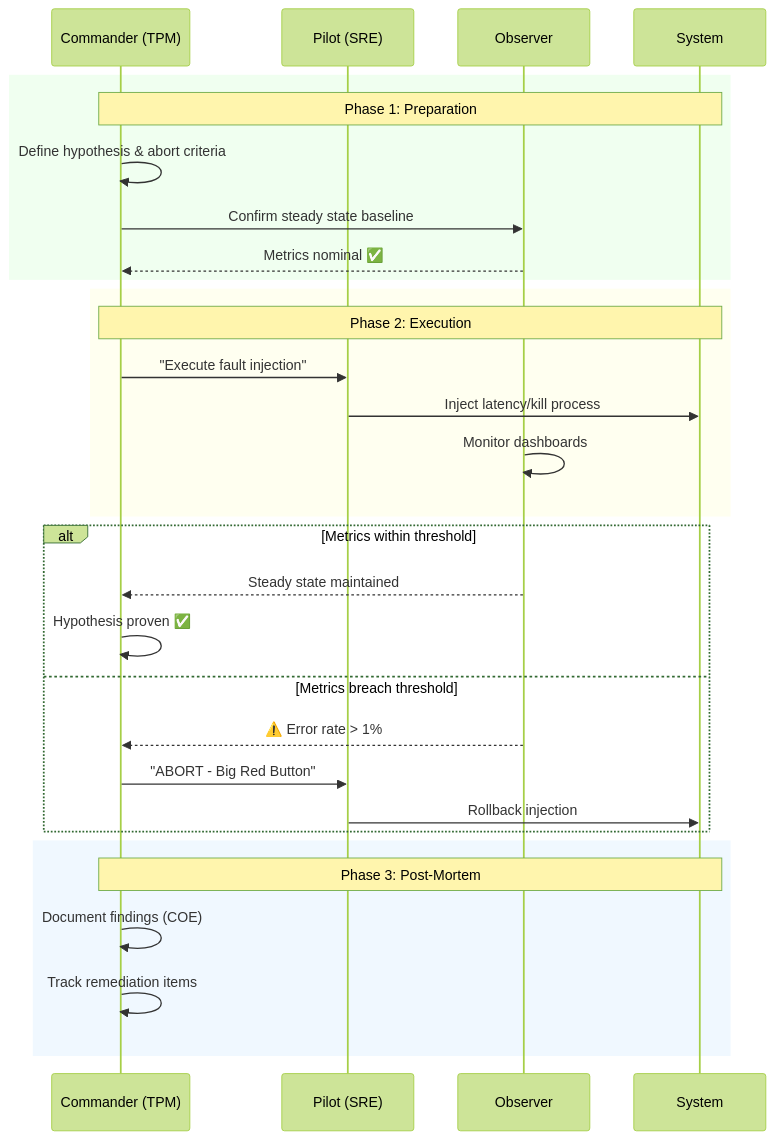
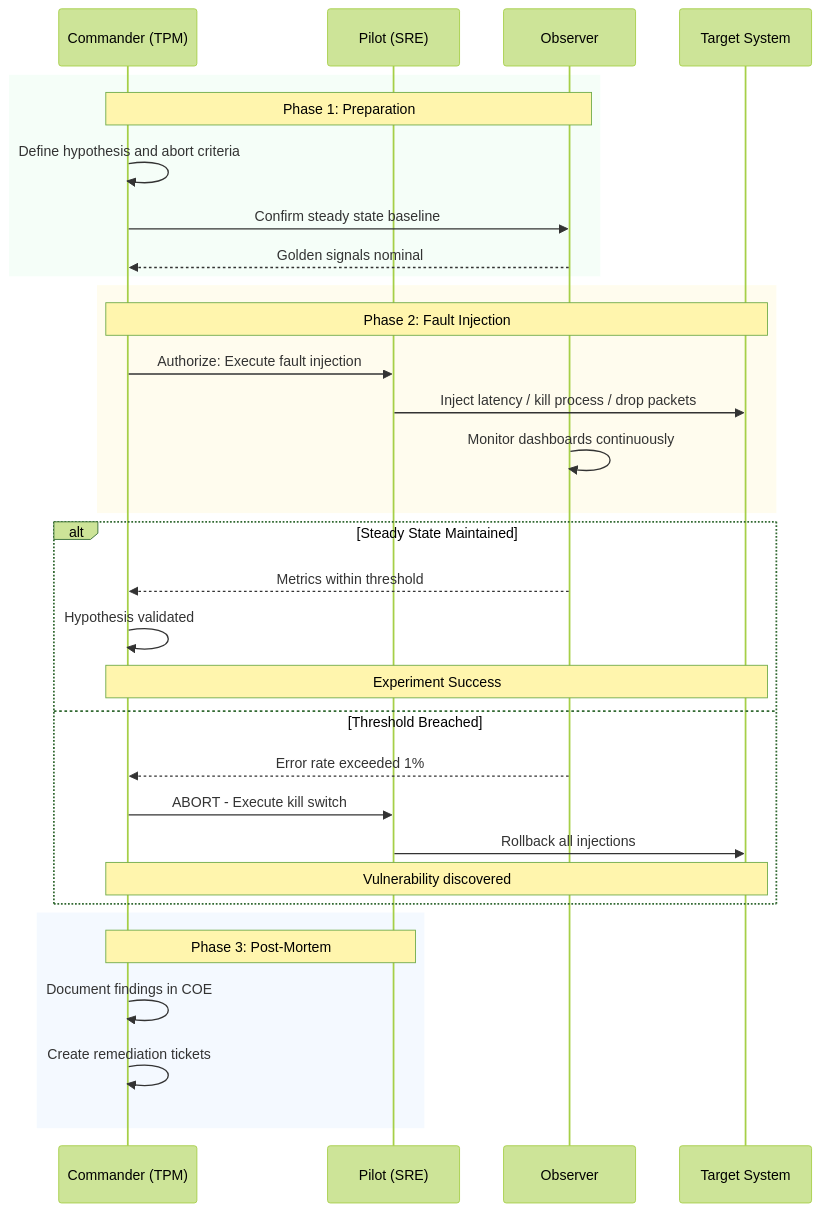
The second of 2 diagrams in gemini-responses/chaos-engineering-20260120-1301.md (udaytamma/Cyrus), drawn with Mermaid (forest theme) before and after one commit. The commit also changed other lines of this file and 28 other files, not shown here.

First line of the commit message:
Upgrade Knowledge Base Mermaid diagrams to professional styling

````diff
--- a/gemini-responses/chaos-engineering-20260120-1301.md
+++ b/gemini-responses/chaos-engineering-20260120-1301.md
@@ -173,36 +182,38 @@
 ```mermaid
 sequenceDiagram
-    participant TPM as Commander (TPM)
-    participant SRE as Pilot (SRE)
-    participant OBS as Observer
-    participant SYS as System
+    participant C as Commander (TPM)
+    participant P as Pilot (SRE)
+    participant O as Observer
+    participant S as Target System
 
-    rect rgb(240, 255, 240)
-        Note over TPM,SYS: Phase 1: Preparation
-        TPM->>TPM: Define hypothesis & abort criteria
-        TPM->>OBS: Confirm steady state baseline
-        OBS-->>TPM: Metrics nominal ✅
+    rect rgba(220,252,231,0.3)
+        Note over C,O: Phase 1: Preparation
+        C->>C: Define hypothesis and abort criteria
+        C->>O: Confirm steady state baseline
+        O-->>C: Golden signals nominal
     end
 
-    rect rgb(255, 255, 240)
-        Note over TPM,SYS: Phase 2: Execution
-        TPM->>SRE: "Execute fault injection"
-        SRE->>SYS: Inject latency/kill process
-        OBS->>OBS: Monitor dashboards
+    rect rgba(254,243,199,0.3)
+        Note over C,S: Phase 2: Fault Injection
+        C->>P: Authorize: Execute fault injection
+        P->>S: Inject latency / kill process / drop packets
+        O->>O: Monitor dashboards continuously
     end
 
-    alt Metrics within threshold
-        OBS-->>TPM: Steady state maintained
-        TPM->>TPM: Hypothesis proven ✅
-    else Metrics breach threshold
-        OBS-->>TPM: ⚠️ Error rate > 1%
-        TPM->>SRE: "ABORT - Big Red Button"
-        SRE->>SYS: Rollback injection
+    alt Steady State Maintained
+        O-->>C: Metrics within threshold
+        C->>C: Hypothesis validated
+        Note over C,S: Experiment Success
+    else Threshold Breached
+        O-->>C: Error rate exceeded 1%
+        C->>P: ABORT - Execute kill switch
+        P->>S: Rollback all injections
+        Note over C,S: Vulnerability discovered
     end
 
-    rect rgb(240, 248, 255)
-        Note over TPM,SYS: Phase 3: Post-Mortem
-        TPM->>TPM: Document findings (COE)
-        TPM->>TPM: Track remediation items
+    rect rgba(219,234,254,0.3)
+        Note over C,P: Phase 3: Post-Mortem
+        C->>C: Document findings in COE
+        C->>C: Create remediation tickets
     end
 ```
````
